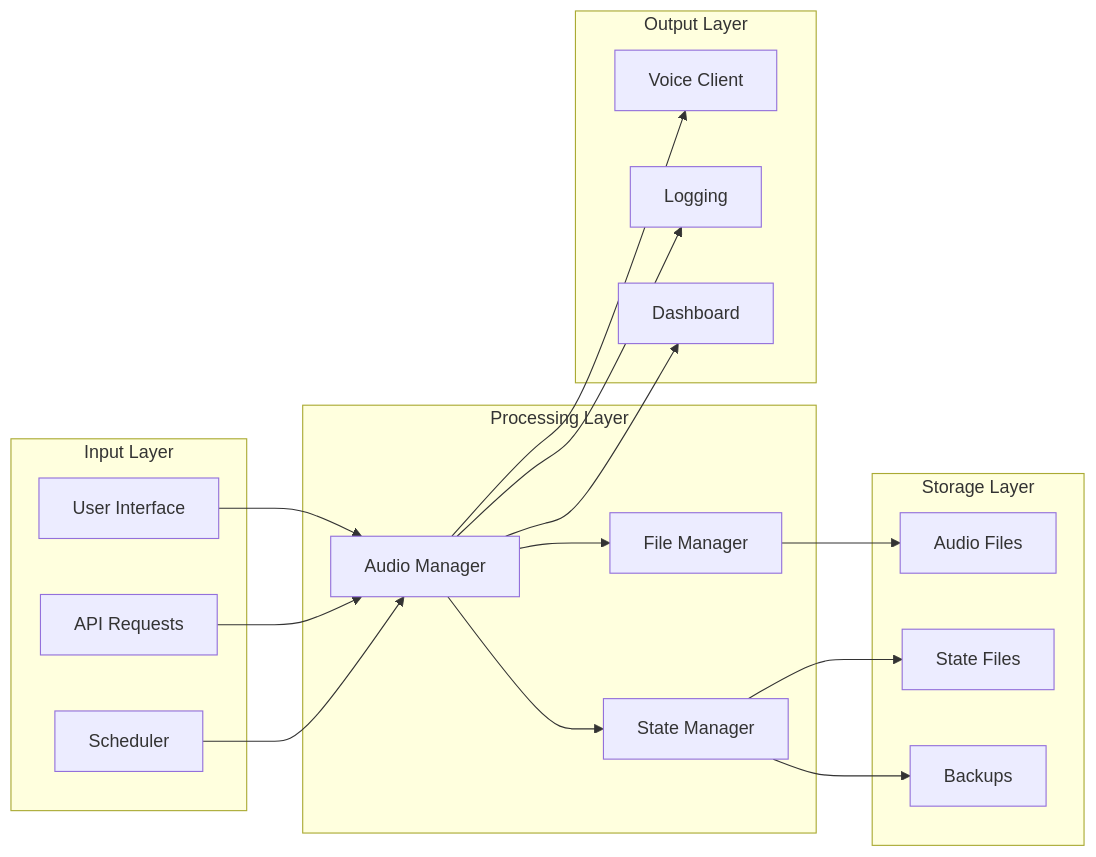
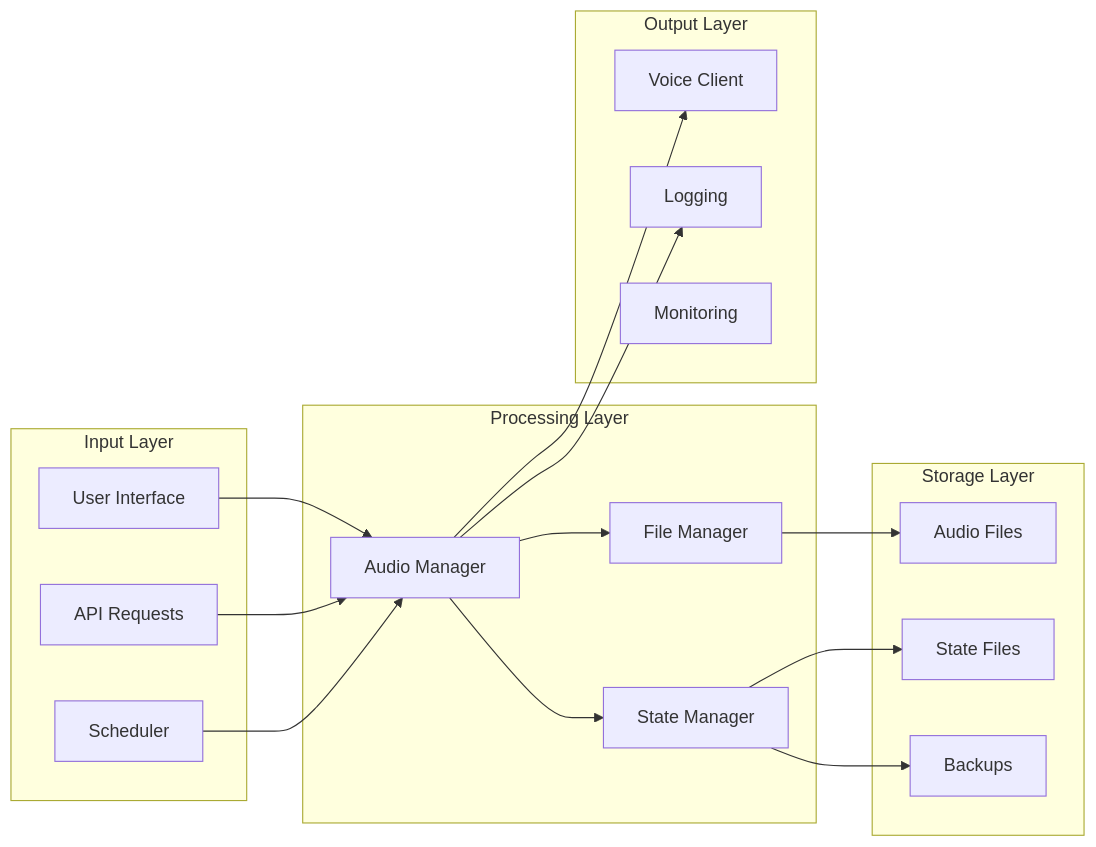
Before and after one commit to trippixn963/QuranBot: the fifth of 12 diagrams in docs/ARCHITECTURE.md, drawn with Mermaid. The commit also changed other lines of this file and 101 other files, not shown here.

````diff
--- a/docs/ARCHITECTURE.md
+++ b/docs/ARCHITECTURE.md
@@ -241,38 +247,37 @@
 ```mermaid
 flowchart LR
     subgraph "Input Layer"
         UI[User Interface]
         API[API Requests]
         SCHED[Scheduler]
     end
-    
+
     subgraph "Processing Layer"
         AM[Audio Manager]
         FM[File Manager]
         SM[State Manager]
     end
-    
+
     subgraph "Output Layer"
         VC[Voice Client]
         LOGS[Logging]
-        DASH[Dashboard]
+        MON[Monitoring]
     end
-    
+
     subgraph "Storage Layer"
         AUDIO[Audio Files]
         STATE[State Files]
         BACKUP[Backups]
     end
-    
+
     UI --> AM
     API --> AM
     SCHED --> AM
     AM --> FM
     AM --> SM
     FM --> AUDIO
     SM --> STATE
     SM --> BACKUP
     AM --> VC
     AM --> LOGS
-    AM --> DASH
 ```
````
